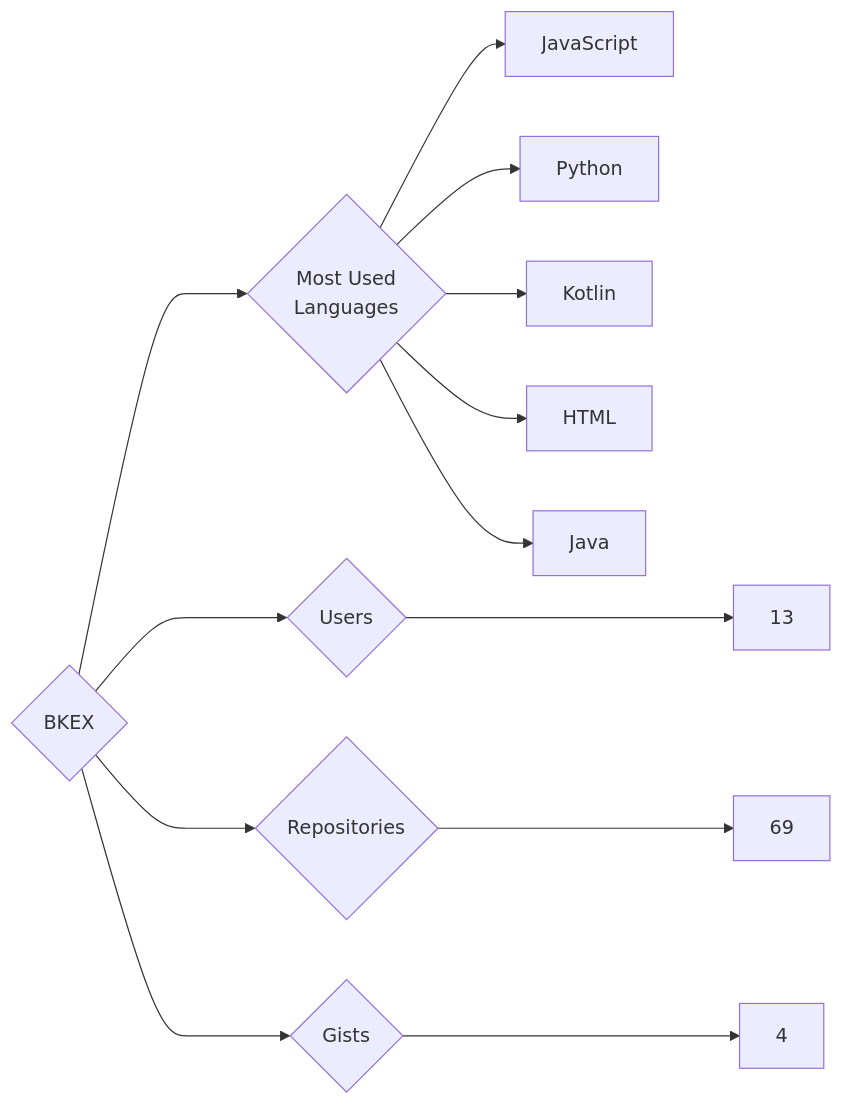
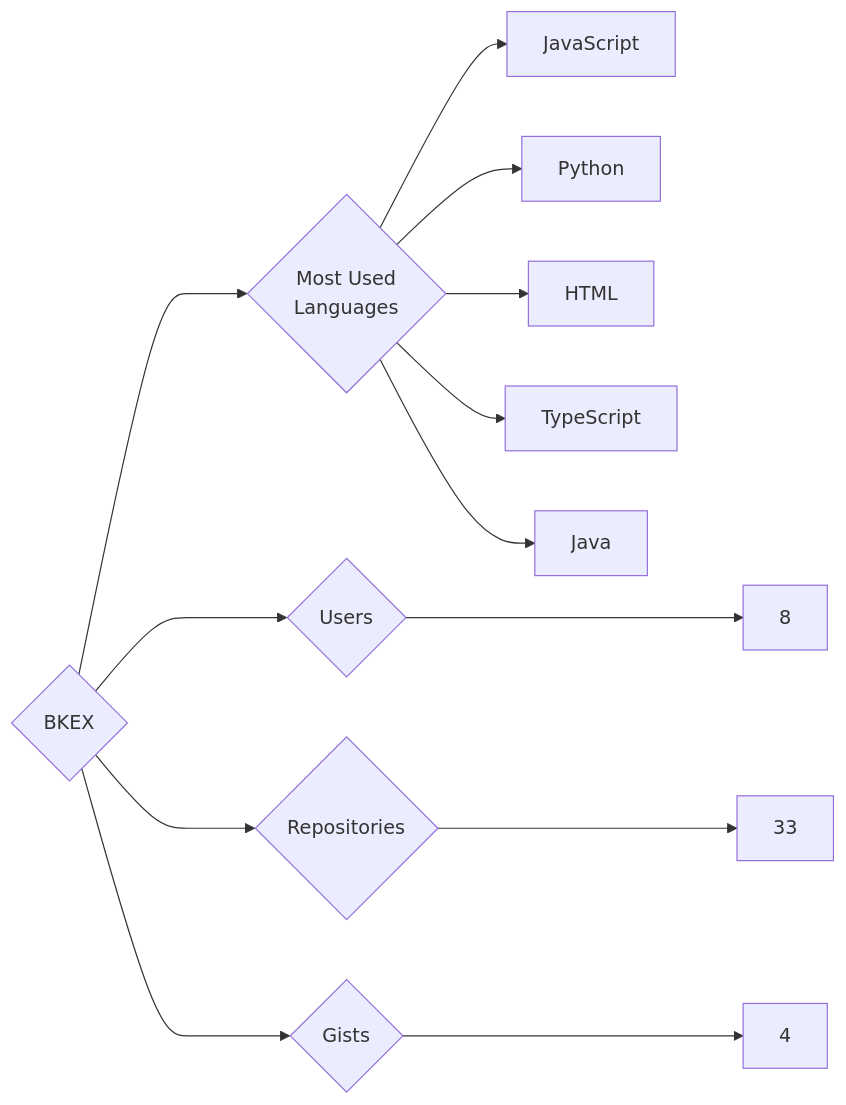
One commit to trickest/insiders changed the diagram in targets/BKEX/README.md. Above: the diagram before and after it, drawn with Mermaid. The commit also changed 1055 other files, not shown here.

````diff
--- a/targets/BKEX/README.md
+++ b/targets/BKEX/README.md
@@ -3,13 +3,13 @@
 ```mermaid
 graph LR
 COMPANY_NAME{BKEX}
-COMPANY_NAME ---> U{Users} ---> UN[13]
-COMPANY_NAME ---> R{Repositories} ---> RN[69]
+COMPANY_NAME ---> U{Users} ---> UN[8]
+COMPANY_NAME ---> R{Repositories} ---> RN[33]
 COMPANY_NAME ---> G{Gists} ---> GN[4]
 COMPANY_NAME ---> ML{Most Used<br>Languages}
 ML --> JavaScript[JavaScript]
 ML --> Python[Python]
-ML --> Kotlin[Kotlin]
 ML --> HTML[HTML]
+ML --> TypeScript[TypeScript]
 ML --> Java[Java]
 ```
````
